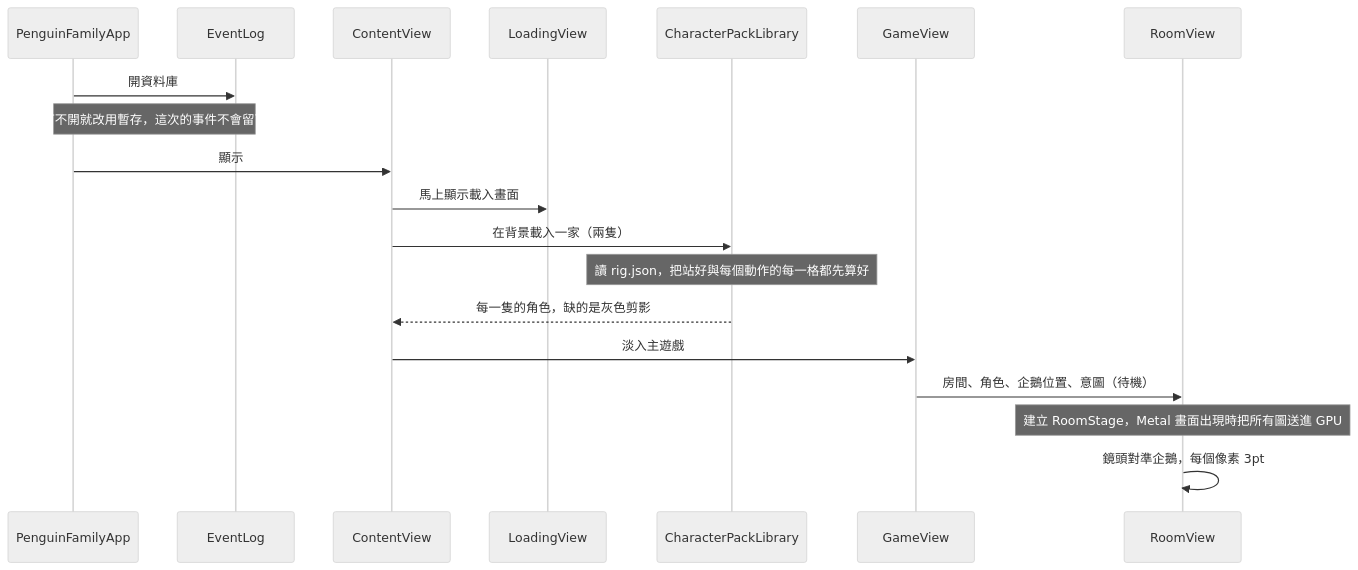
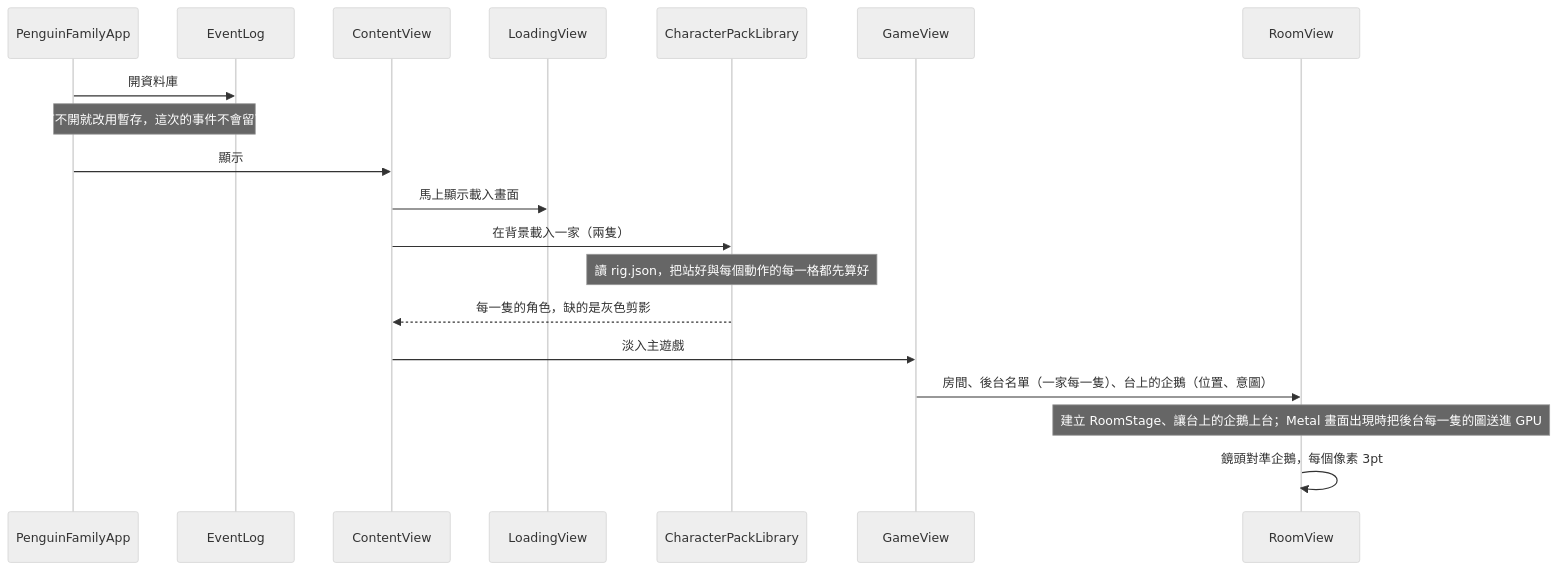
One commit to CBHeng/penguin-family changed the second of 4 diagrams in docs/code-map.md. Above: the diagram before and after it, drawn with Mermaid (neutral theme). The commit also changed other lines of this file and 9 other files, not shown here.

````diff
--- a/docs/code-map.md
+++ b/docs/code-map.md
@@ -162,22 +165,22 @@
 ```mermaid
 sequenceDiagram
     participant App as PenguinFamilyApp
     participant Log as EventLog
     participant CV as ContentView
     participant LV as LoadingView
     participant Lib as CharacterPackLibrary
     participant GV as GameView
     participant RV as RoomView
 
     App->>Log: 開資料庫
     Note over App,Log: 打不開就改用暫存，這次的事件不會留下
     App->>CV: 顯示
     CV->>LV: 馬上顯示載入畫面
     CV->>Lib: 在背景載入一家（兩隻）
     Note over Lib: 讀 rig.json，把站好與每個動作的每一格都先算好
     Lib-->>CV: 每一隻的角色，缺的是灰色剪影
     CV->>GV: 淡入主遊戲
-    GV->>RV: 房間、角色、企鵝位置、意圖（待機）
-    Note over RV: 建立 RoomStage，Metal 畫面出現時把所有圖送進 GPU
+    GV->>RV: 房間、後台名單（一家每一隻）、台上的企鵝（位置、意圖）
+    Note over RV: 建立 RoomStage、讓台上的企鵝上台；Metal 畫面出現時把後台每一隻的圖送進 GPU
     RV->>RV: 鏡頭對準企鵝，每個像素 3pt
 ```
````
